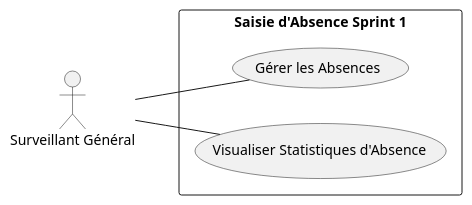
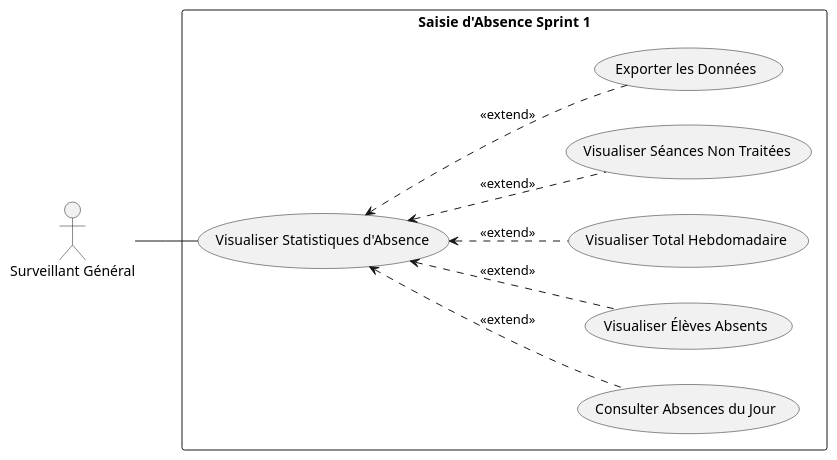
One commit to DevZakariaAz/Projet_fil_rouge_v1 changed the diagram in Branche_fonctionnelle/Use_Cases/UseCases_Sprint_1.plantuml. Above: the diagram before and after it, drawn with PlantUML. The commit also changed 7 other files, not shown here.

```diff
--- a/Branche_fonctionnelle/Use_Cases/UseCases_Sprint_1.plantuml
+++ b/Branche_fonctionnelle/Use_Cases/UseCases_Sprint_1.plantuml
@@ -1,13 +1,22 @@
 @startuml
 left to right direction
 actor "Surveillant Général" as SG
 
 rectangle "Saisie d'Absence Sprint 1" {
-    usecase UC1 as "Gérer les Absences"
     usecase UC2 as "Visualiser Statistiques d'Absence"
+    usecase UC3 as "Consulter Absences du Jour"
+    usecase UC4 as "Visualiser Élèves Absents"
+    usecase UC5 as "Visualiser Total Hebdomadaire"
+    usecase UC6 as "Visualiser Séances Non Traitées"
+    usecase UC7 as "Exporter les Données"
+
+    UC2 <.. UC3 : <<extend>>
+    UC2 <.. UC4 : <<extend>>
+    UC2 <.. UC5 : <<extend>>
+    UC2 <.. UC6 : <<extend>>
+    UC2 <.. UC7 : <<extend>>
 }
 
-SG -- UC1 
 SG -- UC2 
 
 @enduml
```
